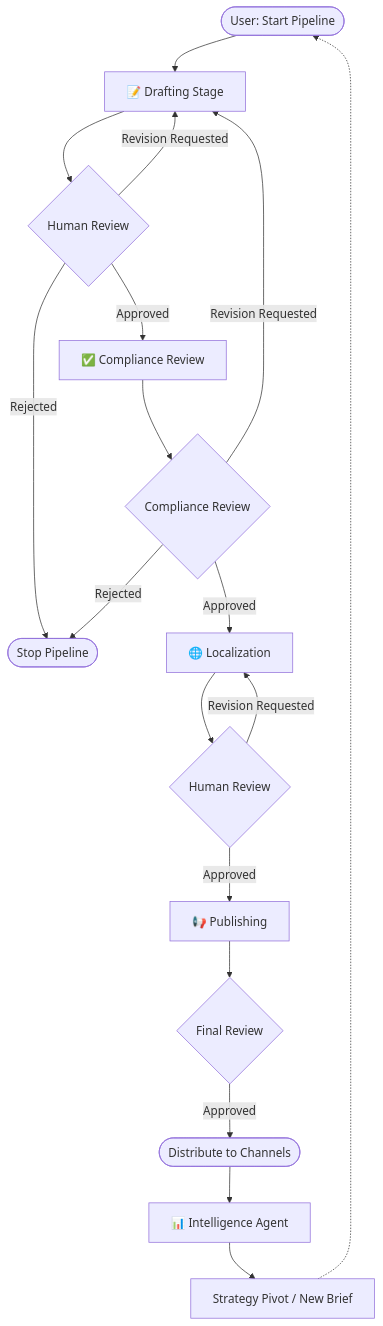
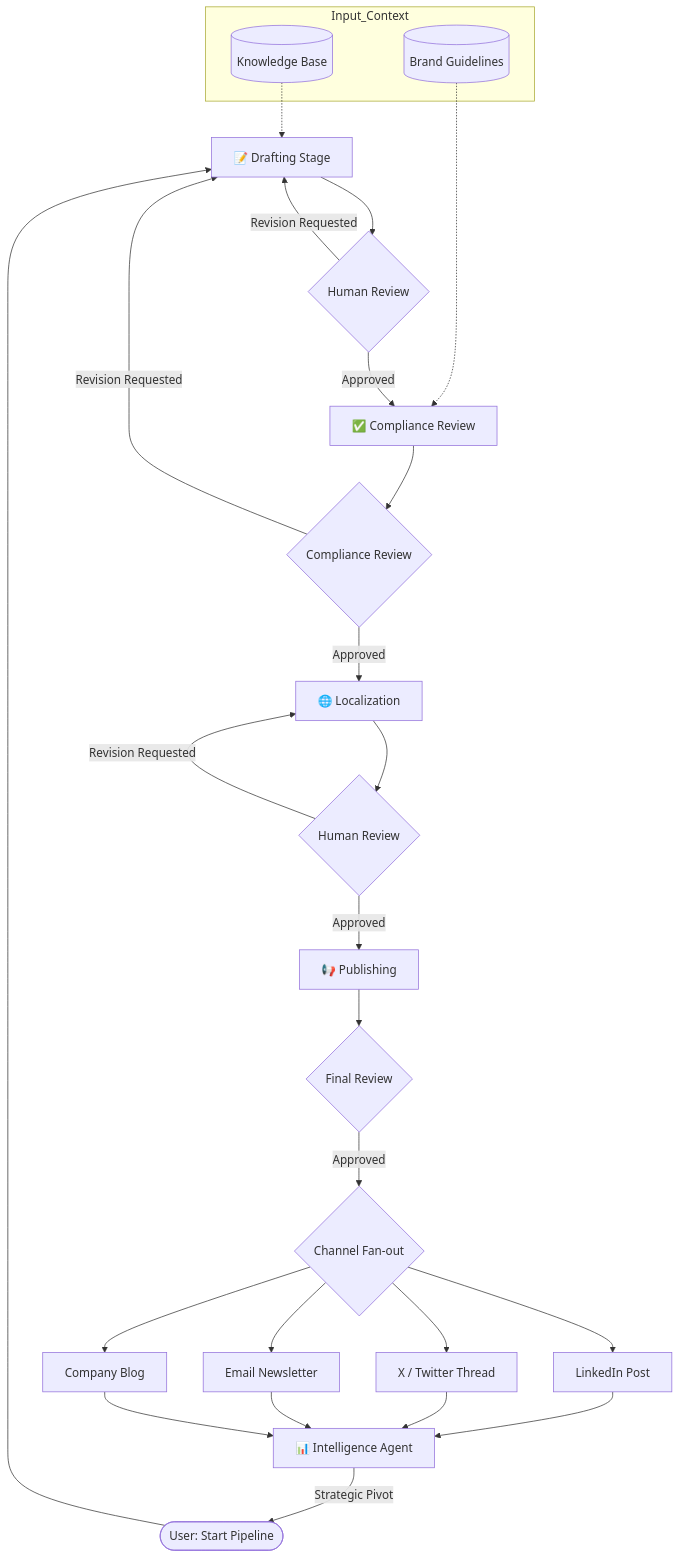
One commit to manusingh090/ContentForge changed the first of 3 diagrams in architecture.md. Above: the diagram before and after it, drawn with Mermaid. The commit also changed other lines of this file, not shown here.

Commit message:
docs: update architecture documentation with revised pipeline flow, data lifecycle sequence, and persistence strategy details

````diff
--- a/architecture.md
+++ b/architecture.md
@@ -23,25 +23,34 @@
 ```mermaid
 flowchart TD
+    subgraph Input_Context
+        KB[(Knowledge Base)]
+        BG[(Brand Guidelines)]
+    end
+
     Start([User: Start Pipeline]) --> D[📝 Drafting Stage]
+    KB -.-> D
     D --> D_HITL{Human Review}
     
     D_HITL -- Revision Requested --> D
-    D_HITL -- Rejected --> Stop([Stop Pipeline])
     D_HITL -- Approved --> R[✅ Compliance Review]
+    BG -.-> R
     
     R --> R_HITL{Compliance Review}
     R_HITL -- Revision Requested --> D
-    R_HITL -- Rejected --> Stop
     R_HITL -- Approved --> L[🌐 Localization]
     
     L --> L_HITL{Human Review}
     L_HITL -- Revision Requested --> L
     L_HITL -- Approved --> P[📢 Publishing]
     
     P --> P_HITL{Final Review}
-    P_HITL -- Approved --> Distribute([Distribute to Channels])
+    P_HITL -- Approved --> Distribute{Channel Fan-out}
     
-    Distribute --> I[📊 Intelligence Agent]
-    I --> Strategy[Strategy Pivot / New Brief]
-    Strategy -.-> Start
+    Distribute --> LinkedIn[LinkedIn Post]
+    Distribute --> X[X / Twitter Thread]
+    Distribute --> Email[Email Newsletter]
+    Distribute --> Blog[Company Blog]
+    
+    LinkedIn & X & Email & Blog --> I[📊 Intelligence Agent]
+    I -- "Strategic Pivot" --> Start
 ```
````
